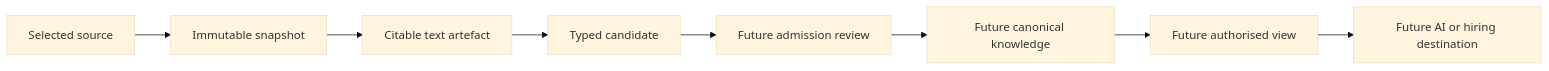
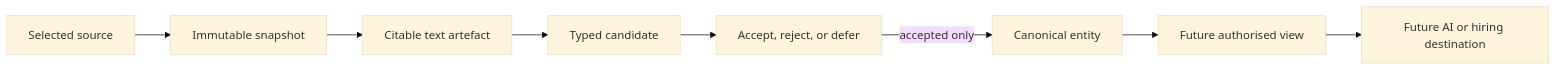
Before and after one commit to rajanrx/why-hire-me: the diagram in README.md, drawn with Mermaid (base theme). The commit also changed other lines of this file and 10 other files, not shown here.

Commit message:
feat: admit reviewed entity knowledge

````diff
--- a/README.md
+++ b/README.md
@@ -29,10 +31,10 @@
 ```mermaid
 flowchart LR
     Source[Selected source] --> Snapshot[Immutable snapshot]
     Snapshot --> Text[Citable text artefact]
     Text --> Candidate[Typed candidate]
-    Candidate --> Review[Future admission review]
-    Review --> Knowledge[Future canonical knowledge]
+    Candidate --> Review[Accept, reject, or defer]
+    Review -->|accepted only| Knowledge[Canonical entity]
     Knowledge --> View[Future authorised view]
     View --> Destination[Future AI or hiring destination]
 ```
````
